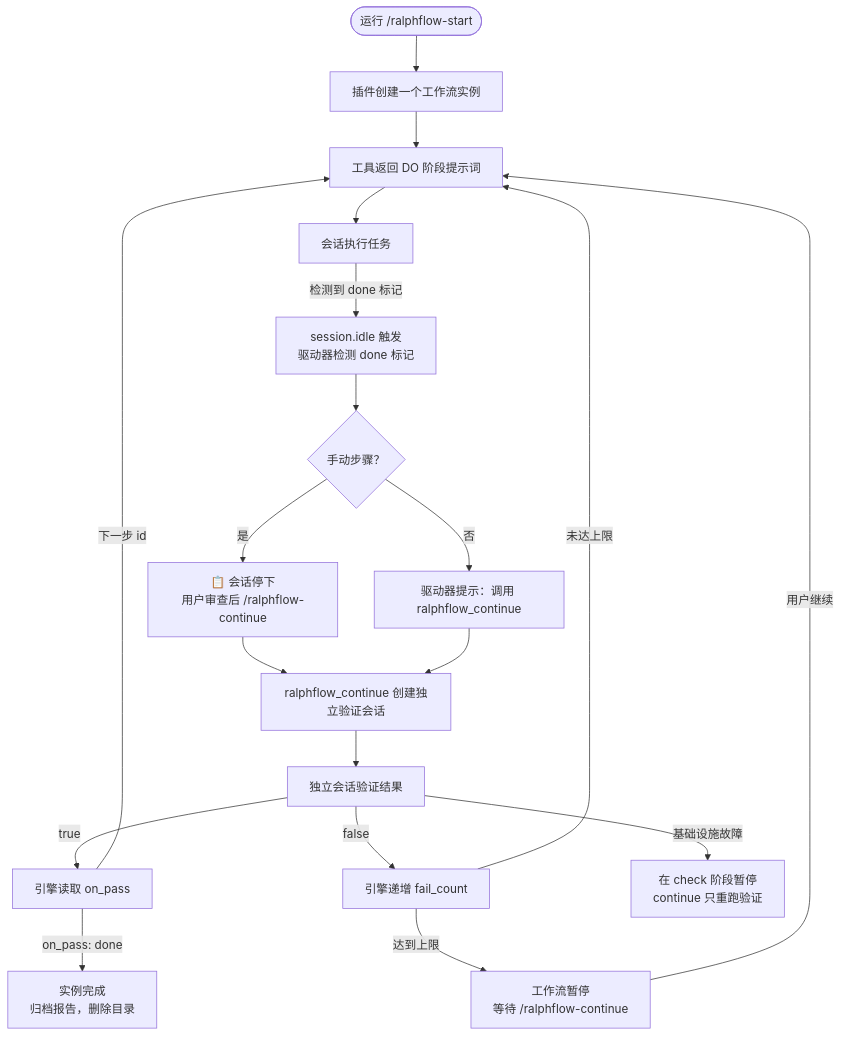
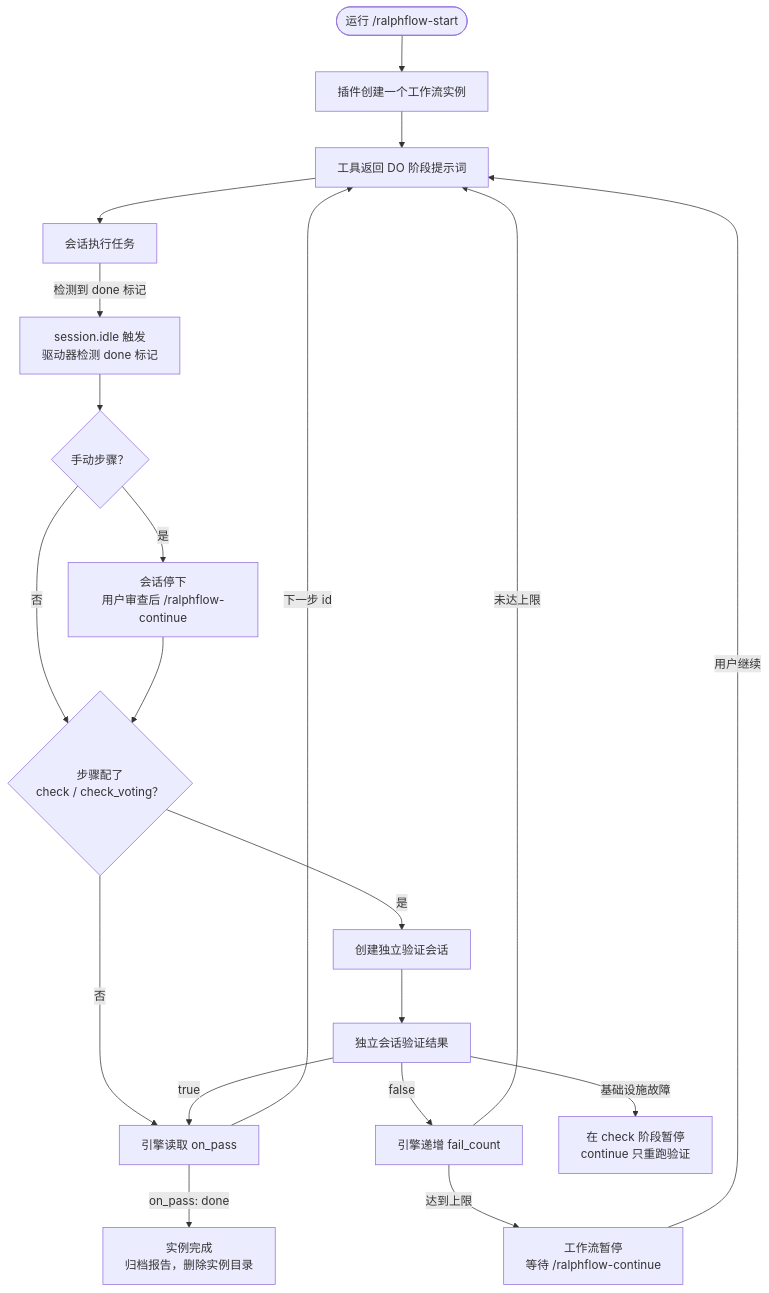
Before and after one commit to 534529531/ralph-flow: the first of 3 diagrams in docs/how-it-works.md, drawn with Mermaid. The commit also changed other lines of this file and 20 other files, not shown here.

````diff
--- a/docs/how-it-works.md
+++ b/docs/how-it-works.md
@@ -12,21 +12,22 @@
 ```mermaid
 flowchart TD
     Start(["运行 /ralphflow-start"]) --> State["插件创建一个工作流实例"]
     State --> DoPrompt["工具返回 DO 阶段提示词"]
     DoPrompt --> AI["会话执行任务"]
     AI -->|"检测到 done 标记"| DoneTag["session.idle 触发<br/>驱动器检测 done 标记"]
     DoneTag --> Manual{"手动步骤？"}
-    Manual -->|"是"| Review["📋 会话停下<br/>用户审查后 /ralphflow-continue"]
-    Manual -->|"否"| CallContinue["驱动器提示：调用 ralphflow_continue"]
-    Review --> CheckPrompt
-    CallContinue --> CheckPrompt["ralphflow_continue 创建独立验证会话"]
+    Manual -->|"是"| Review["会话停下<br/>用户审查后 /ralphflow-continue"]
+    Manual -->|"否"| HasCheck{"步骤配了<br/>check / check_voting？"}
+    Review --> HasCheck
+    HasCheck -->|"否"| Pass
+    HasCheck -->|"是"| CheckPrompt["创建独立验证会话"]
     CheckPrompt --> AICheck["独立会话验证结果"]
     AICheck -->|"true"| Pass["引擎读取 on_pass"]
     AICheck -->|"false"| Fail["引擎递增 fail_count"]
     AICheck -->|"基础设施故障"| Infra["在 check 阶段暂停<br/>continue 只重跑验证"]
-    Pass -->|"on_pass: done"| Complete["实例完成<br/>归档报告，删除目录"]
+    Pass -->|"on_pass: done"| Complete["实例完成<br/>归档报告，删除实例目录"]
     Pass -->|"下一步 id"| DoPrompt
     Fail -->|"未达上限"| DoPrompt
     Fail -->|"达到上限"| Pause["工作流暂停<br/>等待 /ralphflow-continue"]
     Pause -->|用户继续| DoPrompt
 ```
````
